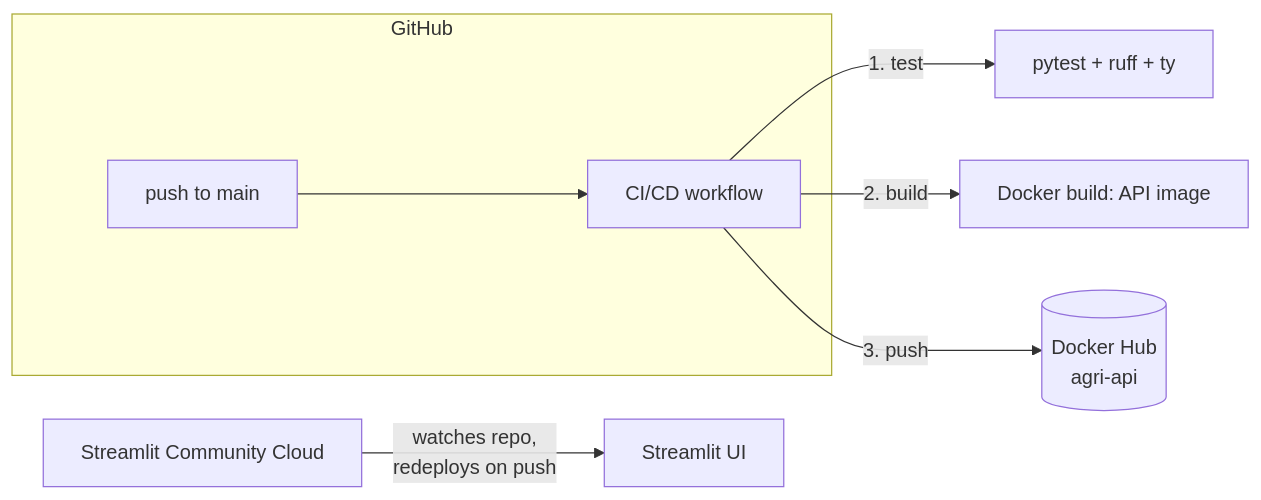
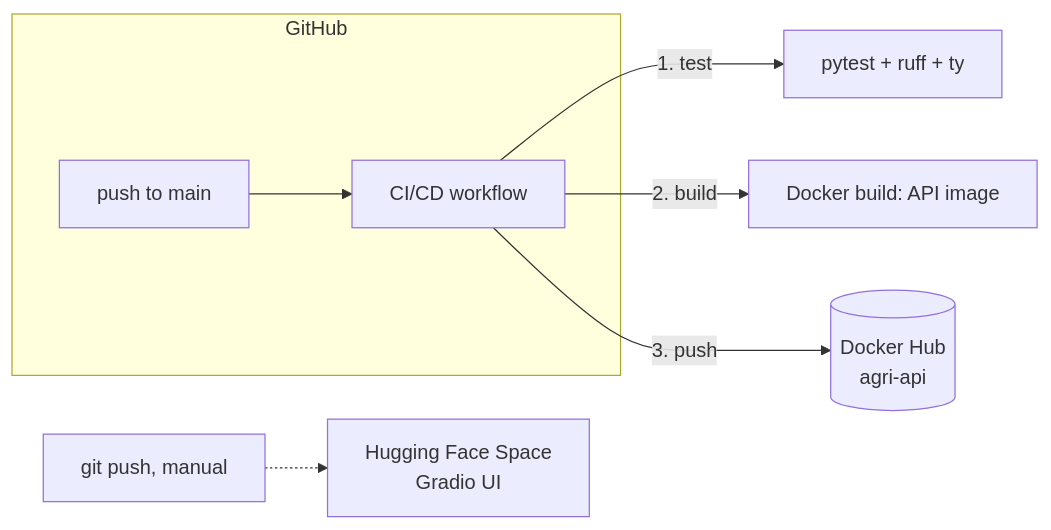
One commit to olivierbinder/agri changed the diagram in README.md. Above: the diagram before and after it, drawn with Mermaid. The commit also changed other lines of this file and 27 other files, not shown here.

````diff
--- a/README.md
+++ b/README.md
@@ -17,12 +17,12 @@
 ```mermaid
 flowchart LR
     subgraph GH[GitHub]
         push[push to main] --> ci[CI/CD workflow]
     end
 
     ci -->|1. test| tests[pytest + ruff + ty]
     ci -->|2. build| build[Docker build: API image]
     ci -->|3. push| hub[(Docker Hub<br/>agri-api)]
 
-    scc[Streamlit Community Cloud] -->|watches repo,<br/>redeploys on push| ui[Streamlit UI]
+    dev[git push, manual] -.-> space[Hugging Face Space<br/>Gradio UI]
 ```
````
